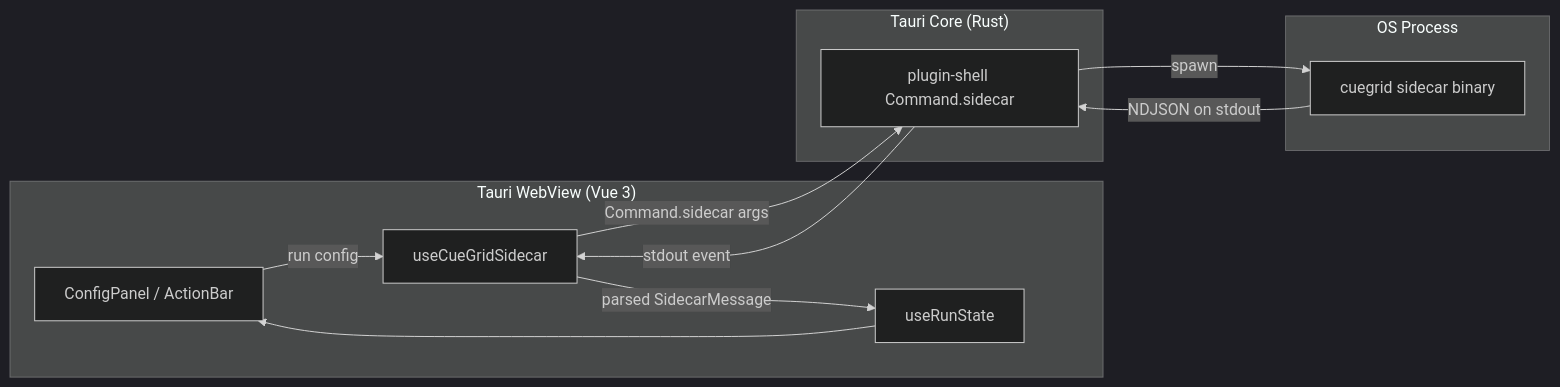
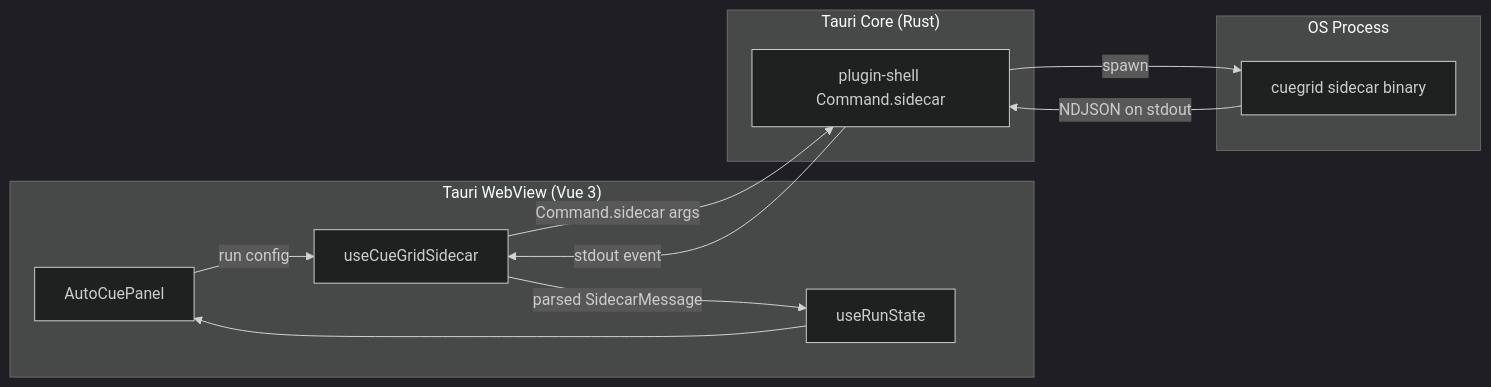
The second of 3 diagrams in .openspec/3-gui-spec.md (jesusguzmanjs/arka), drawn with Mermaid (dark theme) before and after one commit. The commit also changed other lines of this file and 64 other files, not shown here.

````diff
--- a/.openspec/3-gui-spec.md
+++ b/.openspec/3-gui-spec.md
@@ -690,21 +1042,21 @@
 ```mermaid
 graph LR
     subgraph "Tauri WebView (Vue 3)"
-        UI[ConfigPanel / ActionBar]
+        UI[AutoCuePanel]
         RS[useRunState]
         SC[useCueGridSidecar]
     end
     subgraph "Tauri Core (Rust)"
         CMD[plugin-shell Command.sidecar]
     end
     subgraph "OS Process"
         PY[cuegrid sidecar binary]
     end
     UI -->|run config| SC
     SC -->|Command.sidecar args| CMD
     CMD -->|spawn| PY
     PY -->|NDJSON on stdout| CMD
     CMD -->|stdout event| SC
     SC -->|parsed SidecarMessage| RS
     RS --> UI
 ```
````
